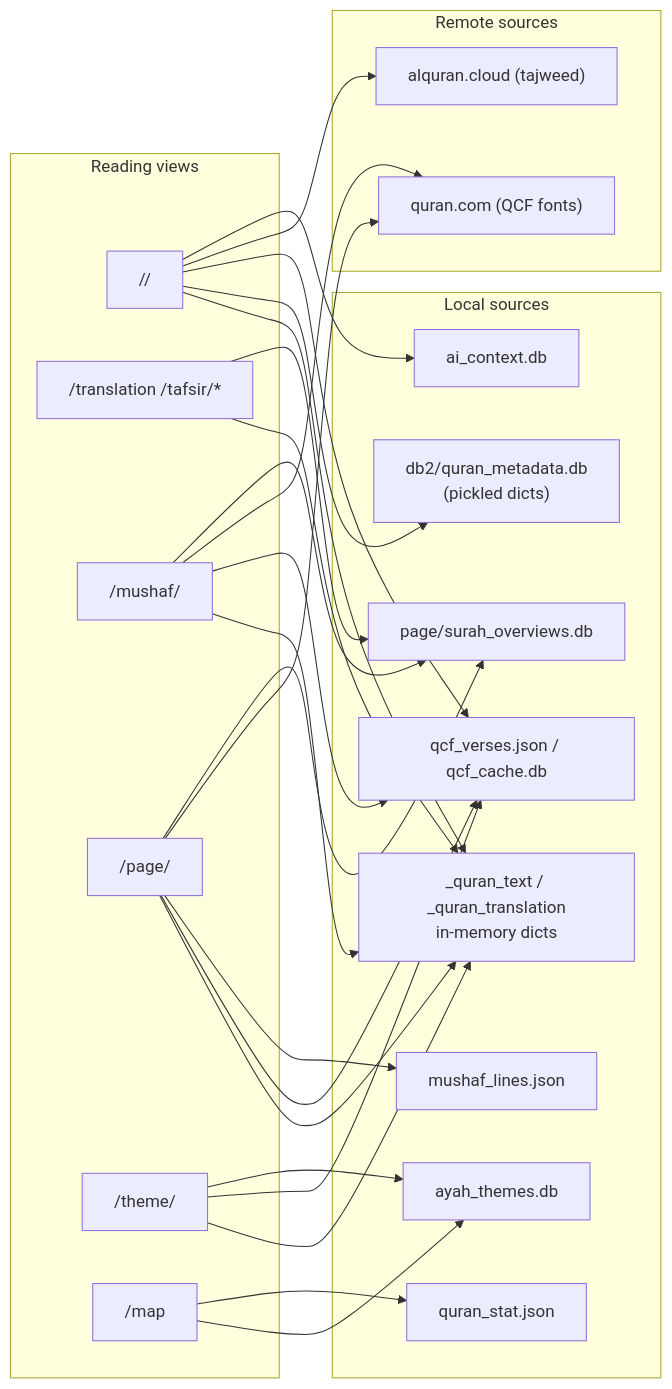
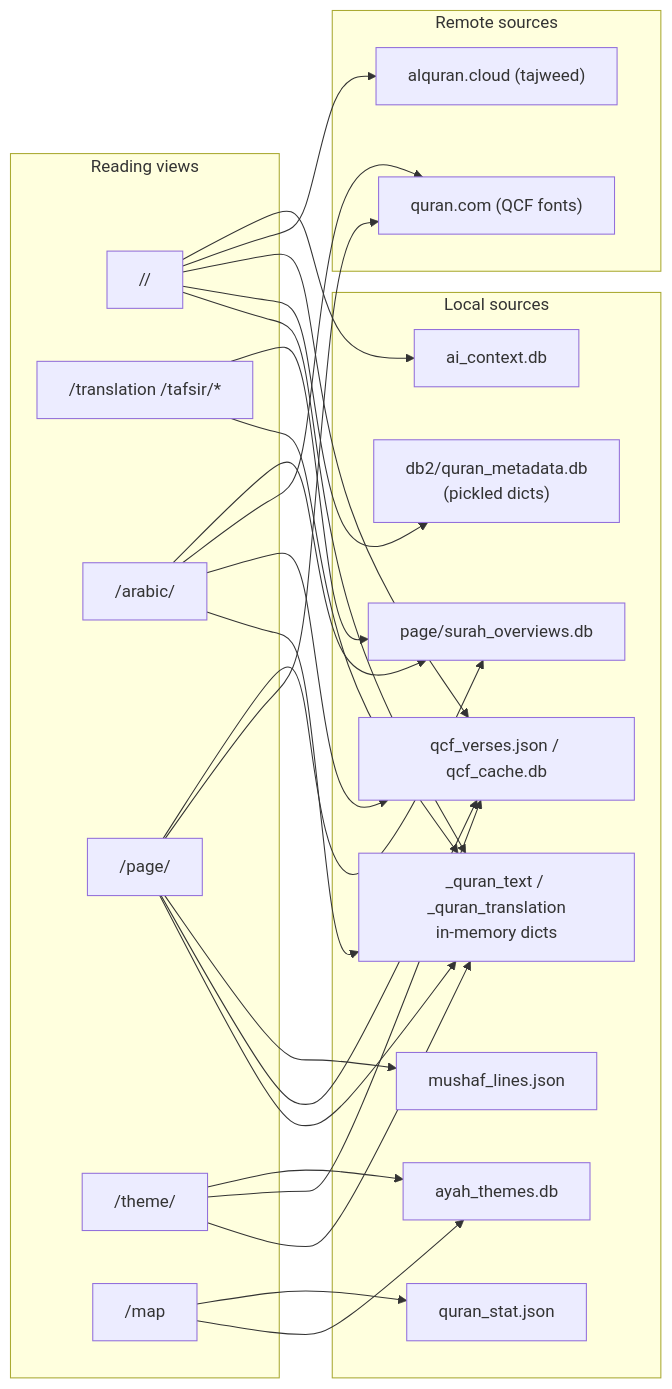
One commit to OnixHoque/aayatun changed the third of 16 diagrams in ARCHITECTURE.md. Above: the diagram before and after it, drawn with Mermaid. The commit also changed other lines of this file and 9 other files, not shown here.

First line of the commit message:
Reading views: Arabic surah page moves to /arabic/<surah>

````diff
--- a/ARCHITECTURE.md
+++ b/ARCHITECTURE.md
@@ -177,49 +177,49 @@
 ```mermaid
 flowchart LR
     subgraph Views["Reading views"]
         V1["/<surah>/<verse>"]
         V2["/translation /tafsir/*"]
-        V3["/mushaf/<surah>"]
+        V3["/arabic/<surah>"]
         V4["/page/<n>"]
         V5["/theme/<id>"]
         V6["/map"]
     end
 
     subgraph Local["Local sources"]
         T["_quran_text / _quran_translation<br/>in-memory dicts"]
         M["db2/quran_metadata.db<br/>(pickled dicts)"]
         Q["qcf_verses.json / qcf_cache.db"]
         L["mushaf_lines.json"]
         Ai["ai_context.db"]
         Ov["page/surah_overviews.db"]
         Th["ayah_themes.db"]
         ST["quran_stat.json"]
     end
 
     subgraph Remote["Remote sources"]
         A["alquran.cloud (tajweed)"]
         Qf["quran.com (QCF fonts)"]
     end
 
     V1 --> T
     V1 --> M
     V1 --> Q
     V1 --> A
     V1 --> Ai
     V2 --> T
     V2 --> Ov
     V3 --> T
     V3 --> Q
     V3 --> Qf
     V3 --> Ov
     V4 --> T
     V4 --> Q
     V4 --> L
     V4 --> Qf
     V4 --> Ov
     V5 --> T
     V5 --> Q
     V5 --> Th
     V6 --> Th
     V6 --> ST
 ```
````
